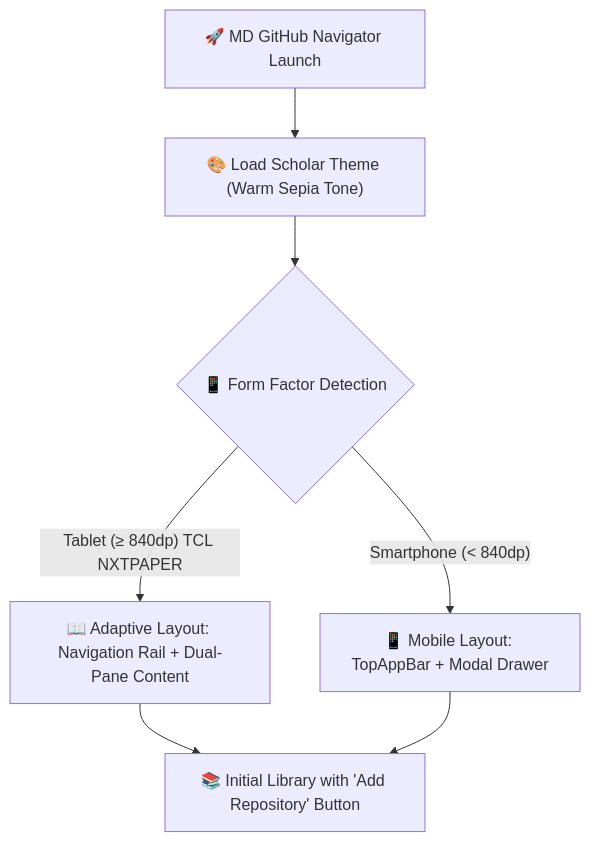
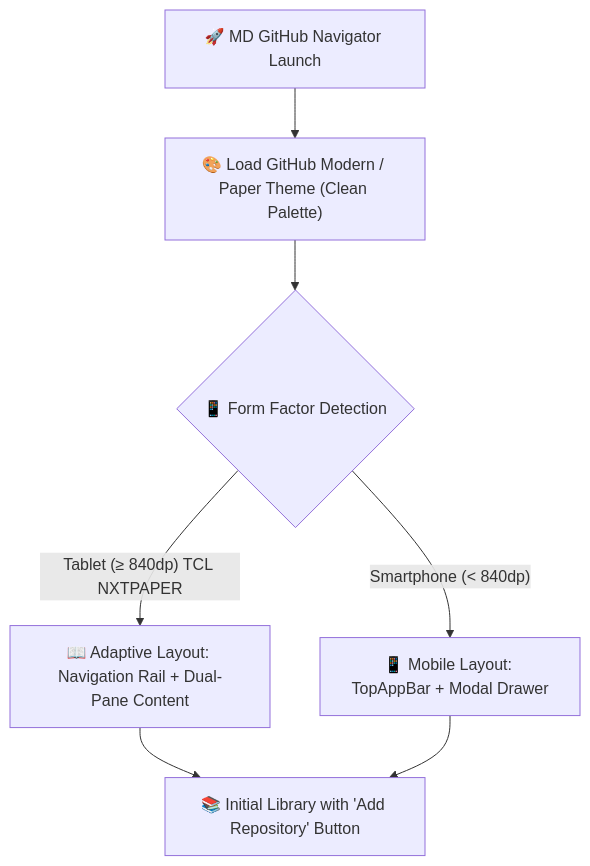
One commit to laralbir/md-gh-navigator changed the diagram in docs/en/user-guide/getting-started.md. Above: the diagram before and after it, drawn with Mermaid. The commit also changed other lines of this file and 33 other files, not shown here.

Commit message:
docs: modernize all screenshots, diagrams, and store assets to GitHub Paper theme

````diff
--- a/docs/en/user-guide/getting-started.md
+++ b/docs/en/user-guide/getting-started.md
@@ -35,9 +35,9 @@
 ```mermaid
 flowchart TD
-    AppStart["🚀 MD GitHub Navigator Launch"] --> ThemeApply["🎨 Load Scholar Theme (Warm Sepia Tone)"]
+    AppStart["🚀 MD GitHub Navigator Launch"] --> ThemeApply["🎨 Load GitHub Modern / Paper Theme (Clean Palette)"]
     ThemeApply --> DeviceCheck{"📱 Form Factor Detection"}
     DeviceCheck -->|"Tablet (≥ 840dp) TCL NXTPAPER"| TwoPane["📖 Adaptive Layout: Navigation Rail + Dual-Pane Content"]
     DeviceCheck -->|"Smartphone (< 840dp)"| CompactView["📱 Mobile Layout: TopAppBar + Modal Drawer"]
     TwoPane --> EmptyLib["📚 Initial Library with 'Add Repository' Button"]
     CompactView --> EmptyLib
 ```
````
